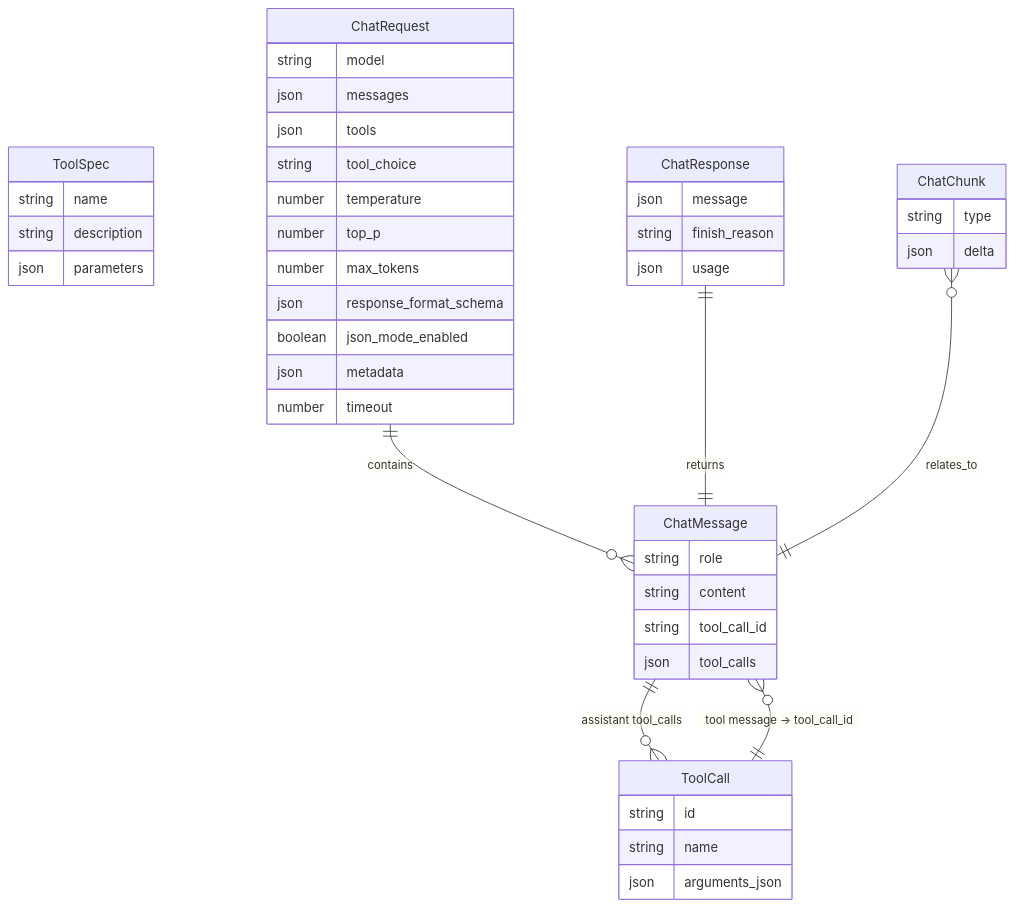
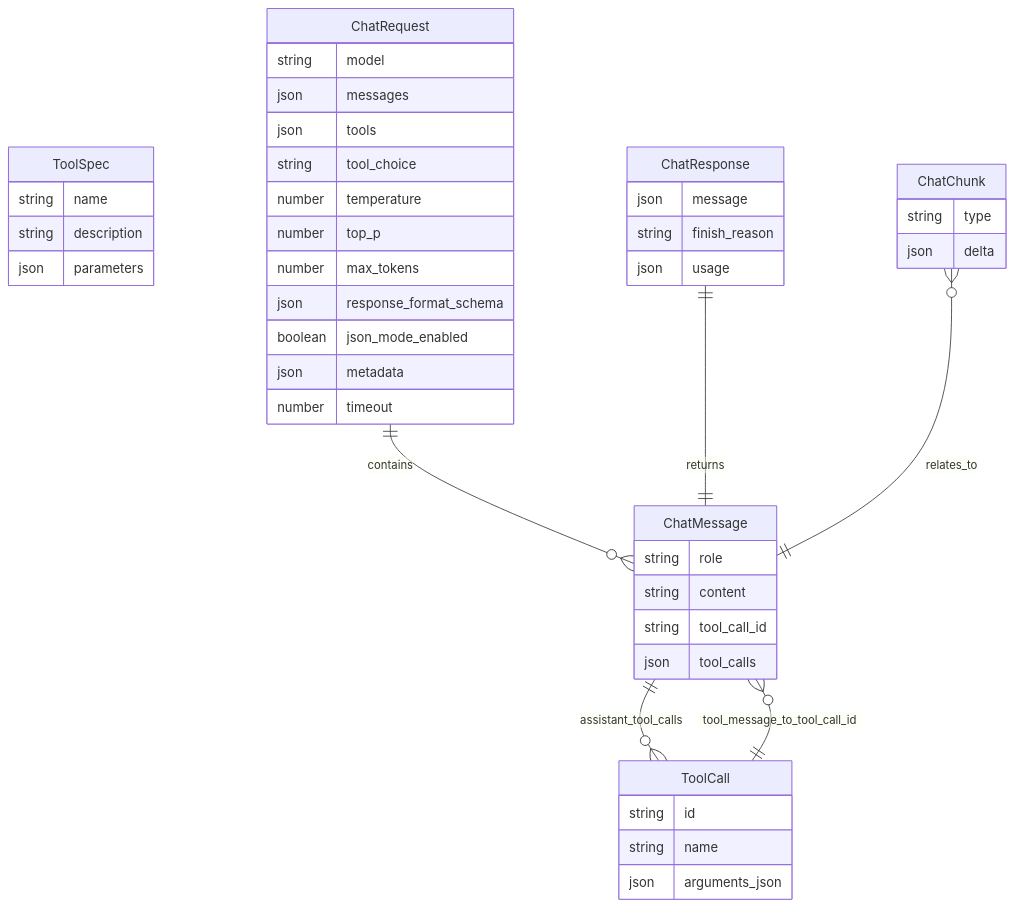
One commit to jrance/chat-orchestration changed the fourth of 18 diagrams in docs/design-confluence.md. Above: the diagram before and after it, drawn with Mermaid. The commit also changed other lines of this file, not shown here.

Commit message:
Update mermaid charts

````diff
--- a/docs/design-confluence.md
+++ b/docs/design-confluence.md
@@ -185,46 +185,46 @@
 ```mermaid
 erDiagram
   ChatMessage {
     string role
     string content
     string tool_call_id
     json   tool_calls
   }
   ToolSpec {
     string name
     string description
     json   parameters
   }
   ToolCall {
     string id
     string name
     json   arguments_json
   }
   ChatRequest {
     string model
     json   messages
     json   tools
     string tool_choice
     number temperature
     number top_p
     number max_tokens
     json   response_format_schema
     boolean json_mode_enabled
     json   metadata
     number timeout
   }
   ChatResponse {
     json   message
     string finish_reason
     json   usage
   }
   ChatChunk {
     string type
     json   delta
   }
   ChatRequest ||--o{ ChatMessage : contains
   ChatResponse ||--|| ChatMessage : returns
-  ChatMessage ||--o{ ToolCall : "assistant tool_calls"
-  ChatMessage }o--|| ToolCall : "tool message -> tool_call_id"
+  ChatMessage ||--o{ ToolCall : assistant_tool_calls
+  ChatMessage }o--|| ToolCall : tool_message_to_tool_call_id
   ChatChunk }o--|| ChatMessage : relates_to
 ```
````
